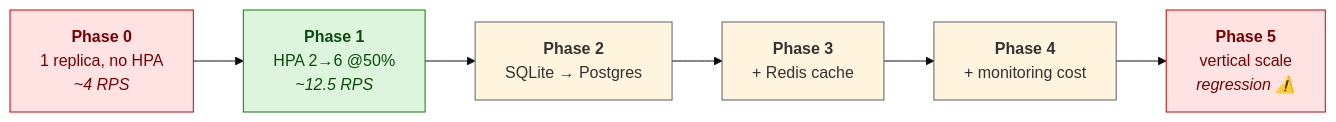
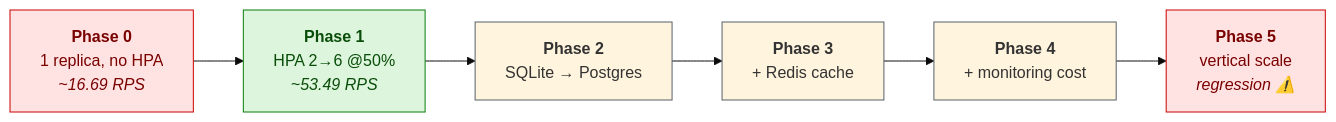
One commit to Ansh-dhanani/Distributed-system-load-analysis changed the sixth of 9 diagrams in README.md. Above: the diagram before and after it, drawn with Mermaid (base theme). The commit also changed other lines of this file, not shown here.

````diff
--- a/README.md
+++ b/README.md
@@ -187,16 +188,16 @@
 ```mermaid
 flowchart LR
-    P0["<b>Phase 0</b><br/>1 replica, no HPA<br/><i>~4 RPS</i>"]
-    P1["<b>Phase 1</b><br/>HPA 2→6 @50%<br/><i>~12.5 RPS</i>"]
+    P0["<b>Phase 0</b><br/>1 replica, no HPA<br/><i>~16.69 RPS</i>"]
+    P1["<b>Phase 1</b><br/>HPA 2→6 @50%<br/><i>~53.49 RPS</i>"]
     P2["<b>Phase 2</b><br/>SQLite → Postgres"]
     P3["<b>Phase 3</b><br/>+ Redis cache"]
     P4["<b>Phase 4</b><br/>+ monitoring cost"]
     P5["<b>Phase 5</b><br/>vertical scale<br/><i>regression ⚠️</i>"]
 
     P0 --> P1 --> P2 --> P3 --> P4 --> P5
 
     style P0 fill:#ffe3e3,stroke:#cc0000,color:#7a0000
     style P1 fill:#dcf5dc,stroke:#0a7d0a,color:#0a4d0a
     style P5 fill:#ffe3e3,stroke:#cc0000,color:#7a0000
     classDef default stroke:#57606a;
 ```
````
